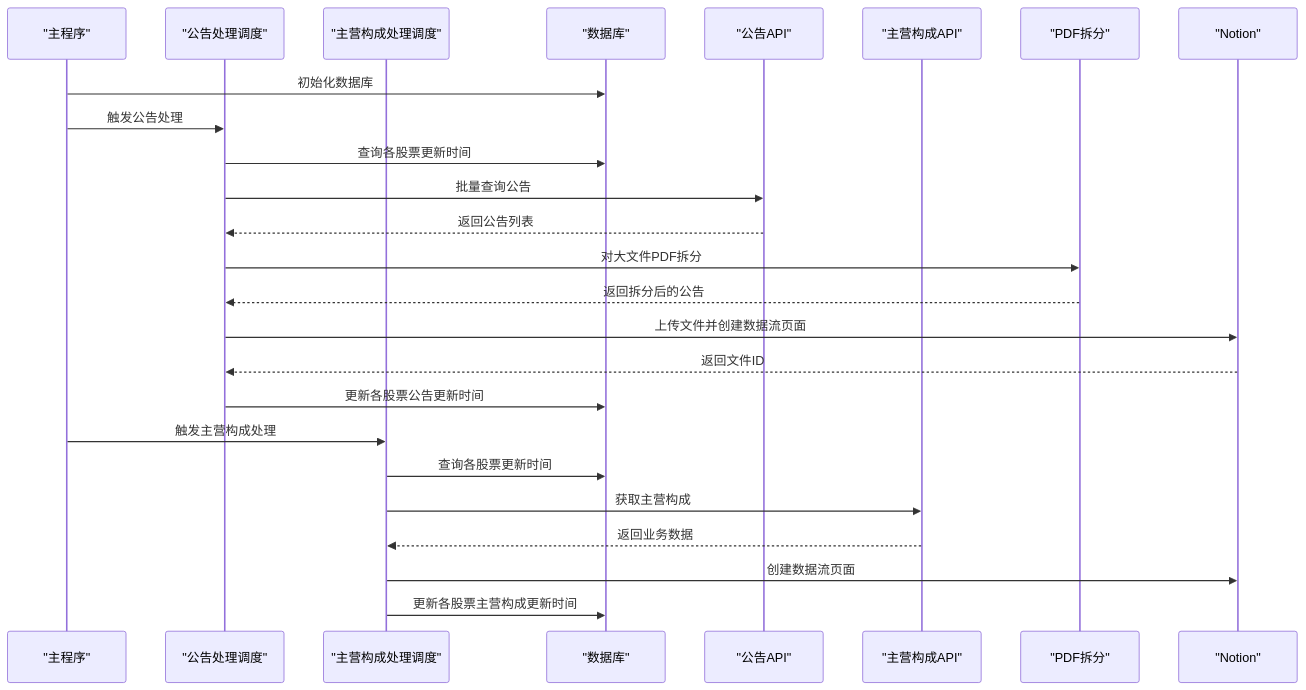
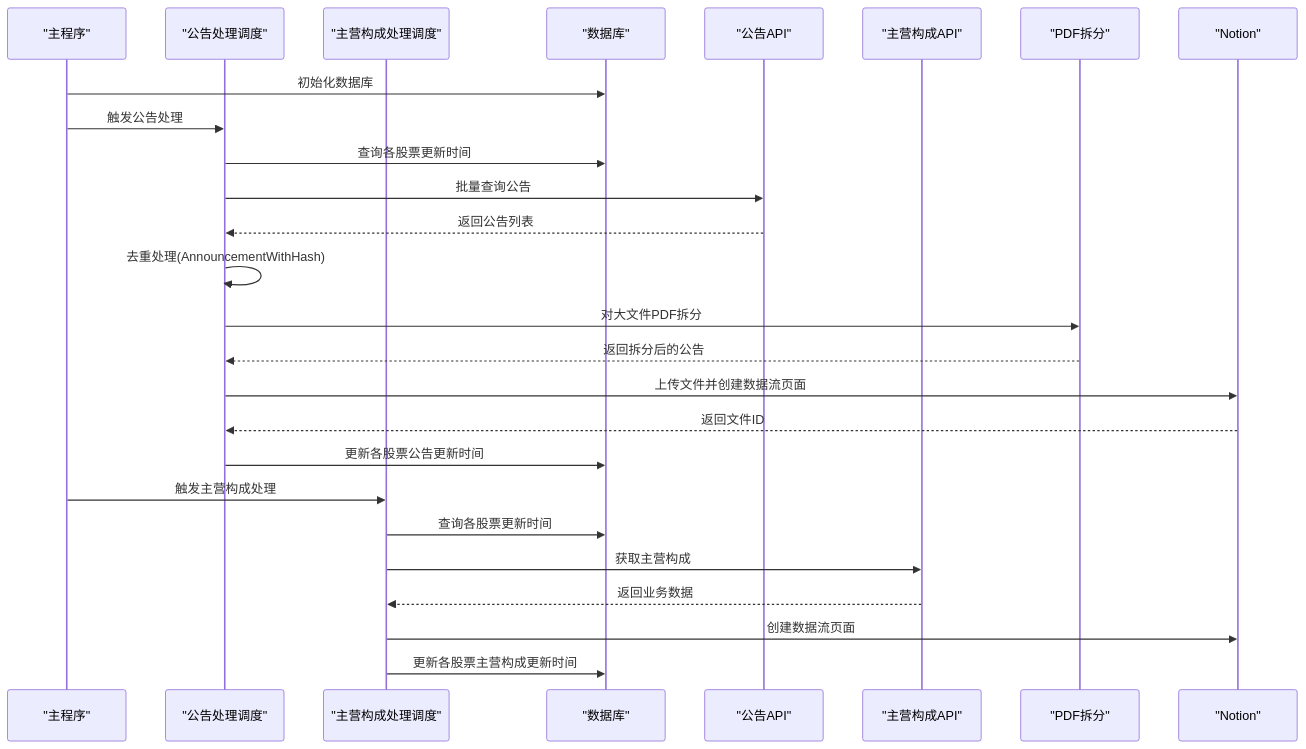
The second of 8 diagrams in .qoder/repowiki/zh/content/数据模型.md (iverwong/DataLife), drawn with Mermaid before and after one commit. The commit also changed other lines of this file and 14 other files, not shown here.

````diff
--- a/.qoder/repowiki/zh/content/数据模型.md
+++ b/.qoder/repowiki/zh/content/数据模型.md
@@ -135,27 +131,28 @@
 ```mermaid
 sequenceDiagram
 participant M as "主程序"
 participant H1 as "公告处理调度"
 participant H2 as "主营构成处理调度"
 participant DB as "数据库"
 participant API1 as "公告API"
 participant API2 as "主营构成API"
 participant PDF as "PDF拆分"
 participant N as "Notion"
 M->>DB : 初始化数据库
 M->>H1 : 触发公告处理
 H1->>DB : 查询各股票更新时间
 H1->>API1 : 批量查询公告
 API1-->>H1 : 返回公告列表
+H1->>H1 : 去重处理(AnnouncementWithHash)
 H1->>PDF : 对大文件PDF拆分
 PDF-->>H1 : 返回拆分后的公告
 H1->>N : 上传文件并创建数据流页面
 N-->>H1 : 返回文件ID
 H1->>DB : 更新各股票公告更新时间
 M->>H2 : 触发主营构成处理
 H2->>DB : 查询各股票更新时间
 H2->>API2 : 获取主营构成
 API2-->>H2 : 返回业务数据
 H2->>N : 创建数据流页面
 H2->>DB : 更新各股票主营构成更新时间
 ```
````
